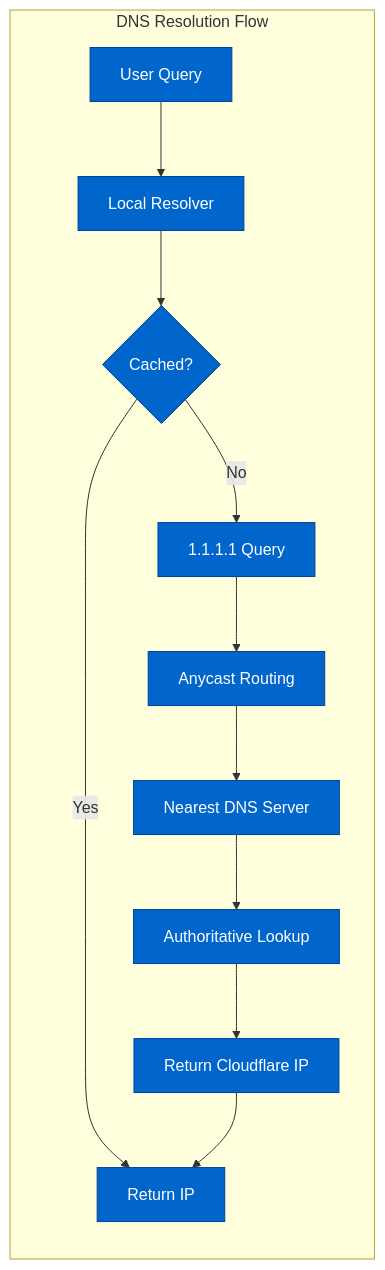
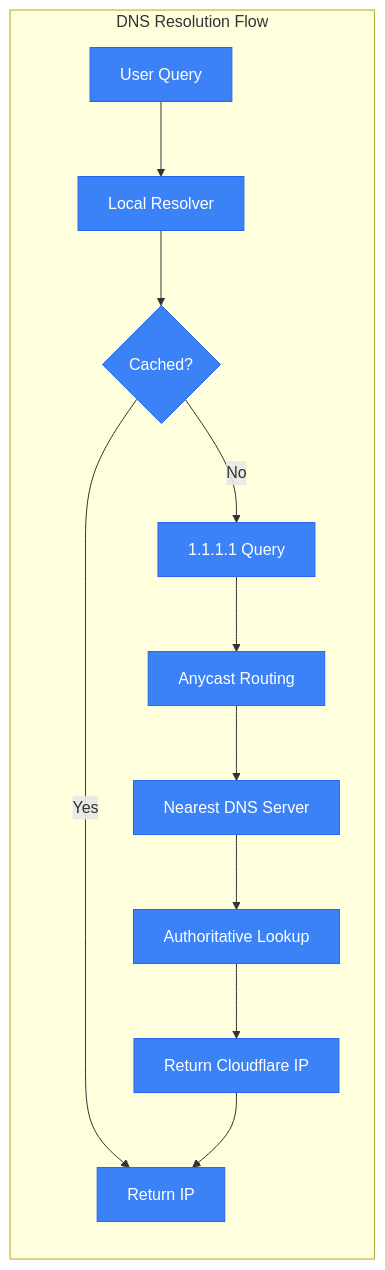
Before and after one commit to deepaucksharma/DS: the second of 6 diagrams in site/docs/systems/cloudflare/request-flow.md, drawn with Mermaid. The commit also changed other lines of this file and 303 other files, not shown here.

````diff
--- a/site/docs/systems/cloudflare/request-flow.md
+++ b/site/docs/systems/cloudflare/request-flow.md
@@ -78,18 +78,18 @@
 ```mermaid
 graph LR
     subgraph "DNS Resolution Flow"
         A[User Query] --> B[Local Resolver]
         B --> C{Cached?}
         C -->|Yes| D[Return IP]
         C -->|No| E[1.1.1.1 Query]
         E --> F[Anycast Routing]
         F --> G[Nearest DNS Server]
         G --> H[Authoritative Lookup]
         H --> I[Return Cloudflare IP]
         I --> D
     end
 
     %% Apply colors
-    classDef dnsStyle fill:#0066CC,stroke:#004499,color:#fff
+    classDef dnsStyle fill:#3B82F6,stroke:#2563EB,color:#fff
     class A,B,C,D,E,F,G,H,I dnsStyle
 ```
````
